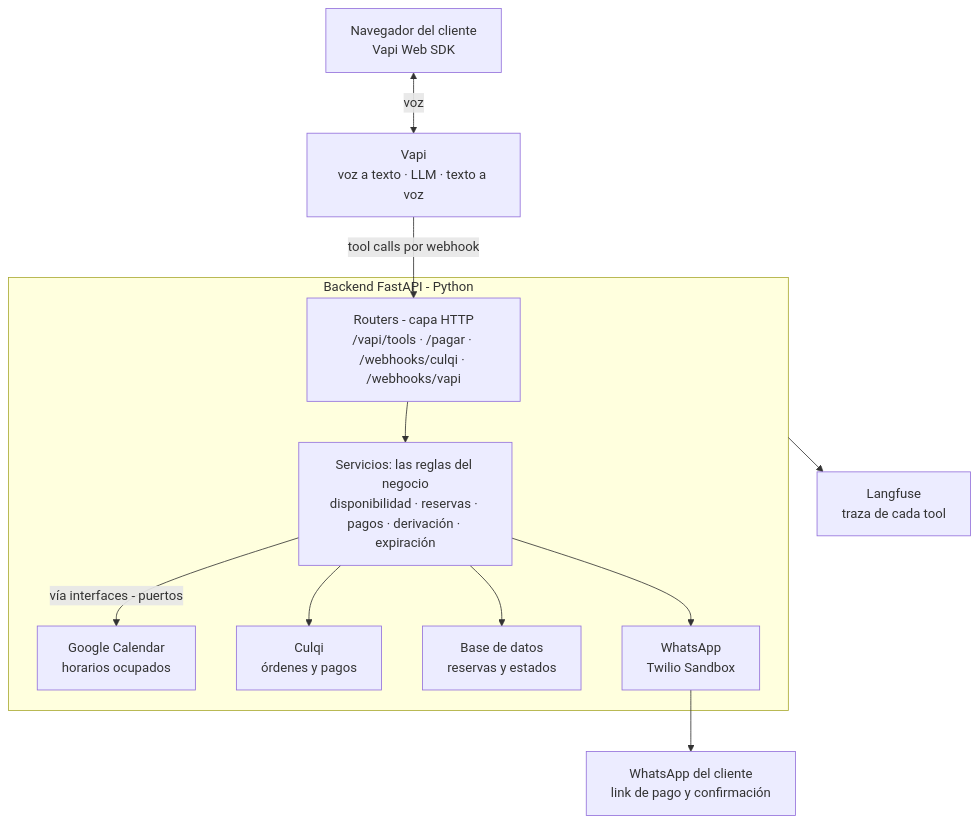
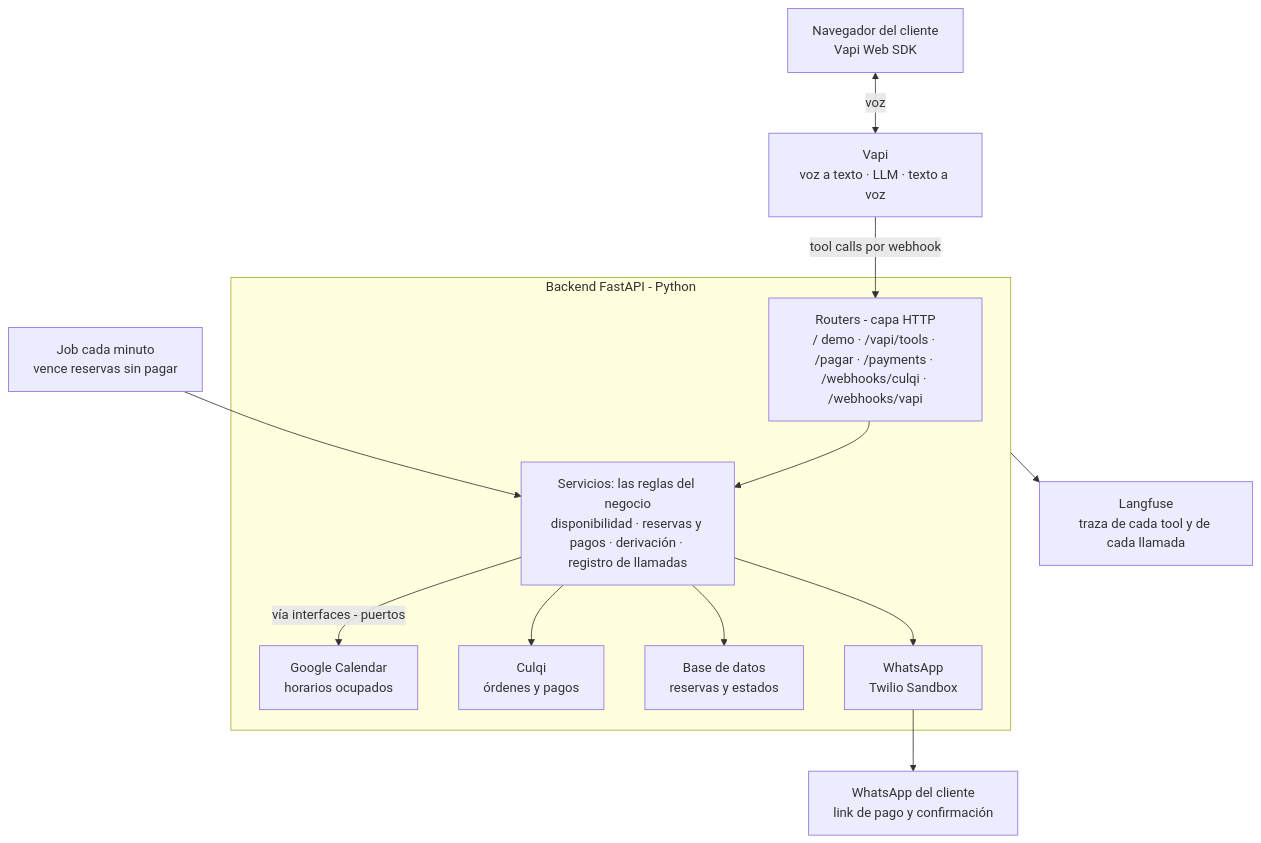
One commit to JCesarAguilar/voice-receptionist changed the diagram in specs/02-plan.md. Above: the diagram before and after it, drawn with Mermaid. The commit also changed other lines of this file and 4 other files, not shown here.

````diff
--- a/specs/02-plan.md
+++ b/specs/02-plan.md
@@ -27,16 +29,17 @@
 ```mermaid
 flowchart TD
     NAV[Navegador del cliente<br/>Vapi Web SDK] <-- voz --> VAPI[Vapi<br/>voz a texto · LLM · texto a voz]
     VAPI -- tool calls por webhook --> R
     subgraph BACKEND[Backend FastAPI - Python]
-        R[Routers - capa HTTP<br/>/vapi/tools · /pagar · /webhooks/culqi · /webhooks/vapi]
-        S[Servicios: las reglas del negocio<br/>disponibilidad · reservas · pagos · derivación · expiración]
+        R[Routers - capa HTTP<br/>/ demo · /vapi/tools · /pagar · /payments · /webhooks/culqi · /webhooks/vapi]
+        S[Servicios: las reglas del negocio<br/>disponibilidad · reservas y pagos · derivación · registro de llamadas]
         R --> S
         S -- vía interfaces - puertos --> GC[Google Calendar<br/>horarios ocupados]
         S --> CQ[Culqi<br/>órdenes y pagos]
         S --> DB[Base de datos<br/>reservas y estados]
         S --> WA[WhatsApp<br/>Twilio Sandbox]
     end
-    BACKEND --> LF[Langfuse<br/>traza de cada tool]
+    JOB[Job cada minuto<br/>vence reservas sin pagar] --> S
+    BACKEND --> LF[Langfuse<br/>traza de cada tool y de cada llamada]
     WA --> CW[WhatsApp del cliente<br/>link de pago y confirmación]
 ```
````
